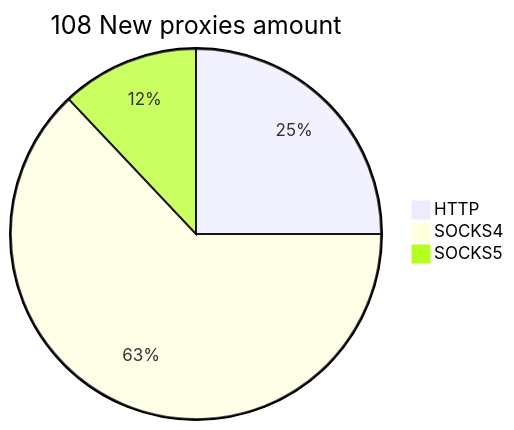
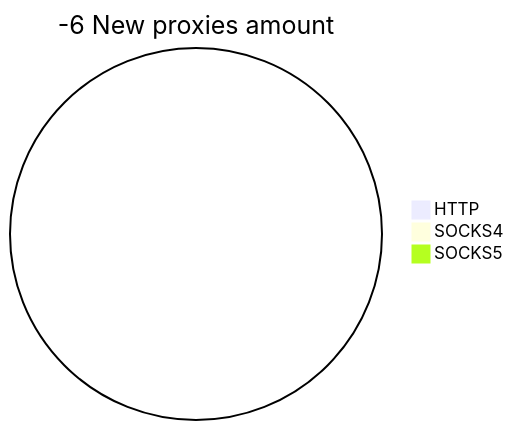
One commit to cutipu/proxylist changed the second of 2 diagrams in README.md. Above: the diagram before and after it, drawn with Mermaid. The commit also changed other lines of this file, not shown here.

````diff
--- a/README.md
+++ b/README.md
@@ -10,6 +10,6 @@
 ```mermaid
-pie title 108 New proxies amount
-    "HTTP" : 27
-    "SOCKS4" : 68
-    "SOCKS5" : 13
+pie title -6 New proxies amount
+    "HTTP" : 0
+    "SOCKS4" : 0
+    "SOCKS5" : 0
 ```
````
